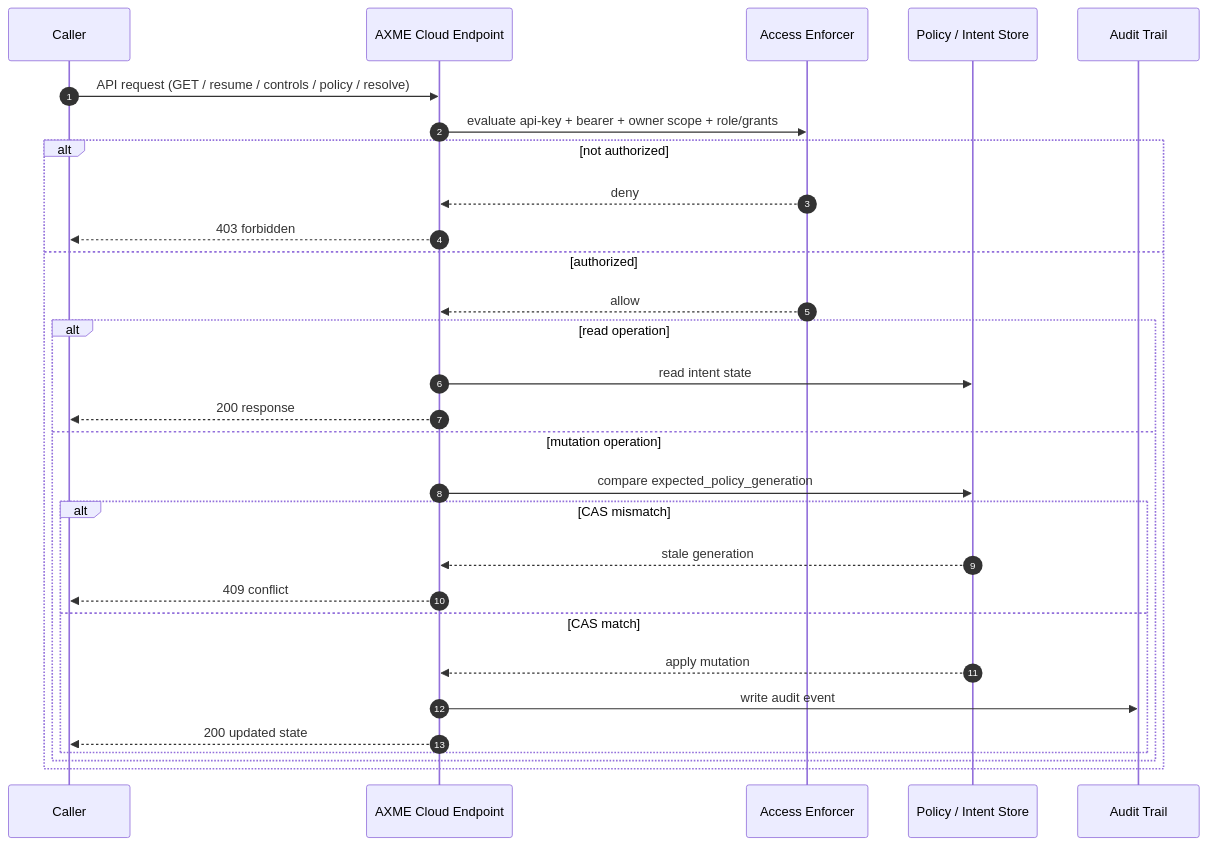
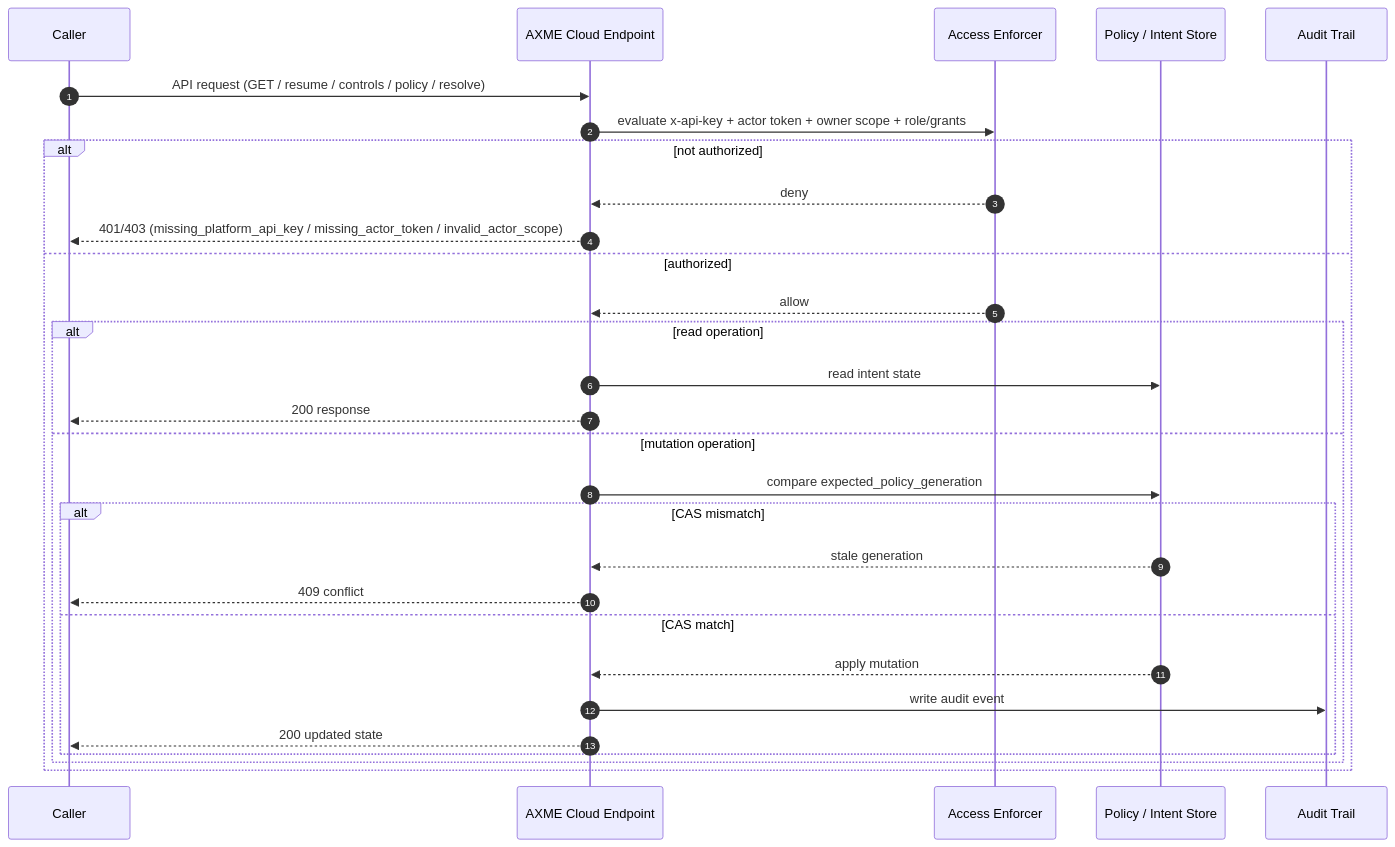
Before and after one commit to AxmeAI/axme-docs: the diagram in docs/diagrams/intents/07-access-control-matrix.mmd, drawn with Mermaid. The commit also changed 13 other files, not shown here.

First line of the commit message:
docs: complete actor-token terminology and auth diagram updates (#38)

```diff
--- a/docs/diagrams/intents/07-access-control-matrix.mmd
+++ b/docs/diagrams/intents/07-access-control-matrix.mmd
@@ -1,31 +1,31 @@
 sequenceDiagram
     autonumber
     participant C  as Caller
     participant G  as AXME Cloud Endpoint
     participant AZ as Access Enforcer
     participant P  as Policy / Intent Store
     participant AU as Audit Trail
 
     C  ->> G:  API request (GET / resume / controls / policy / resolve)
-    G  ->> AZ: evaluate api-key + bearer + owner scope + role/grants
+    G  ->> AZ: evaluate x-api-key + actor token + owner scope + role/grants
 
     alt not authorized
         AZ -->> G: deny
-        G  -->> C: 403 forbidden
+        G  -->> C: 401/403 (missing_platform_api_key / missing_actor_token / invalid_actor_scope)
     else authorized
         AZ -->> G: allow
         alt read operation
             G  ->> P:  read intent state
             G  -->> C: 200 response
         else mutation operation
             G  ->> P:  compare expected_policy_generation
             alt CAS mismatch
                 P  -->> G: stale generation
                 G  -->> C: 409 conflict
             else CAS match
                 P  -->> G: apply mutation
                 G  ->> AU: write audit event
                 G  -->> C: 200 updated state
             end
         end
     end
```
